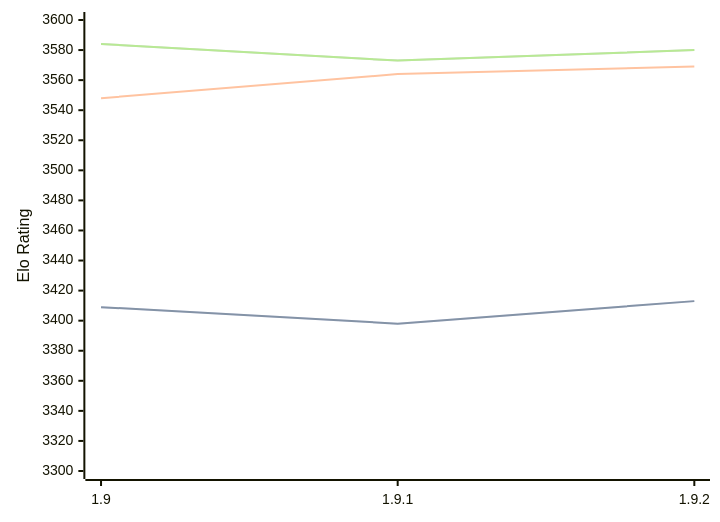
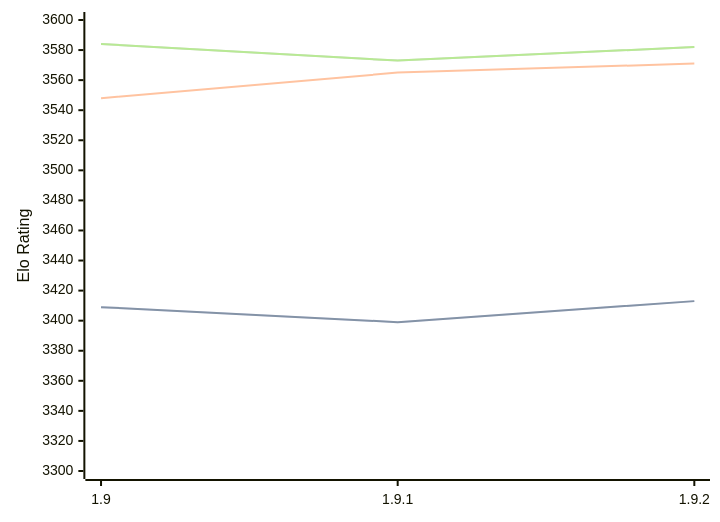
One commit to computer-chess-index/cci changed the diagram in engines/Pawnocchio.md. Above: the diagram before and after it, drawn with Mermaid. The commit also changed other lines of this file, not shown here.

Commit message:
Update CCI Ratings (ELO VLTC) - 2026-02-18

````diff
--- a/engines/Pawnocchio.md
+++ b/engines/Pawnocchio.md
@@ -45,11 +45,11 @@
 ```mermaid
 %%{init: {"theme":"base","themeVariables":{"seriesColors:['#a3a3a3','#222221','#faa371']}}}%%
 xychart-beta
   x-axis ["1.9", "1.9.1", "1.9.2"]
   y-axis "Elo Rating" 3300 --> 3600
-  line "STC (8.0+0.08s)" [3409, 3398, 3413]
-  line "STC (8.0+0.08s)" [3409, 3398, 3413]
-  line "LTC (60.0+0.60s)" [3548, 3564, 3569]
-  line "VLTC (2m24s+1.12s)" [3584, 3573, 3580]
-  line "VLTC (2m24s+1.12s)" [3584, 3573, 3580]
+  line "STC (8.0+0.08s)" [3409, 3399, 3413]
+  line "STC (8.0+0.08s)" [3409, 3399, 3413]
+  line "LTC (60.0+0.60s)" [3548, 3565, 3571]
+  line "VLTC (2m24s+1.12s)" [3584, 3573, 3582]
+  line "VLTC (2m24s+1.12s)" [3584, 3573, 3582]
 ```
````
